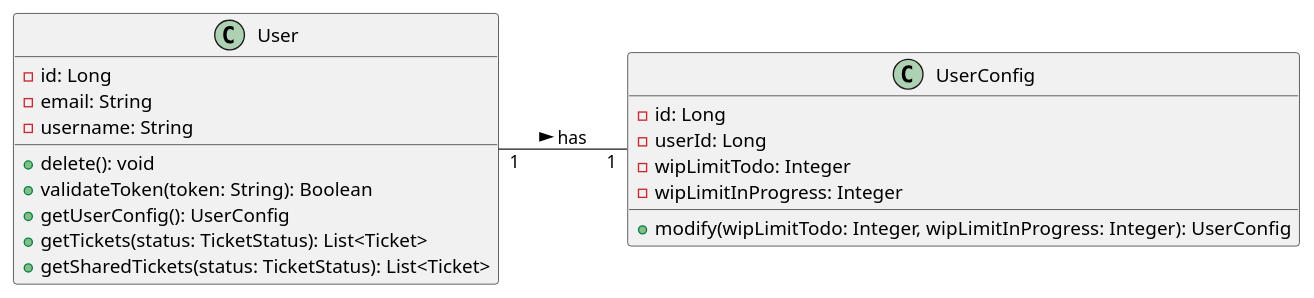
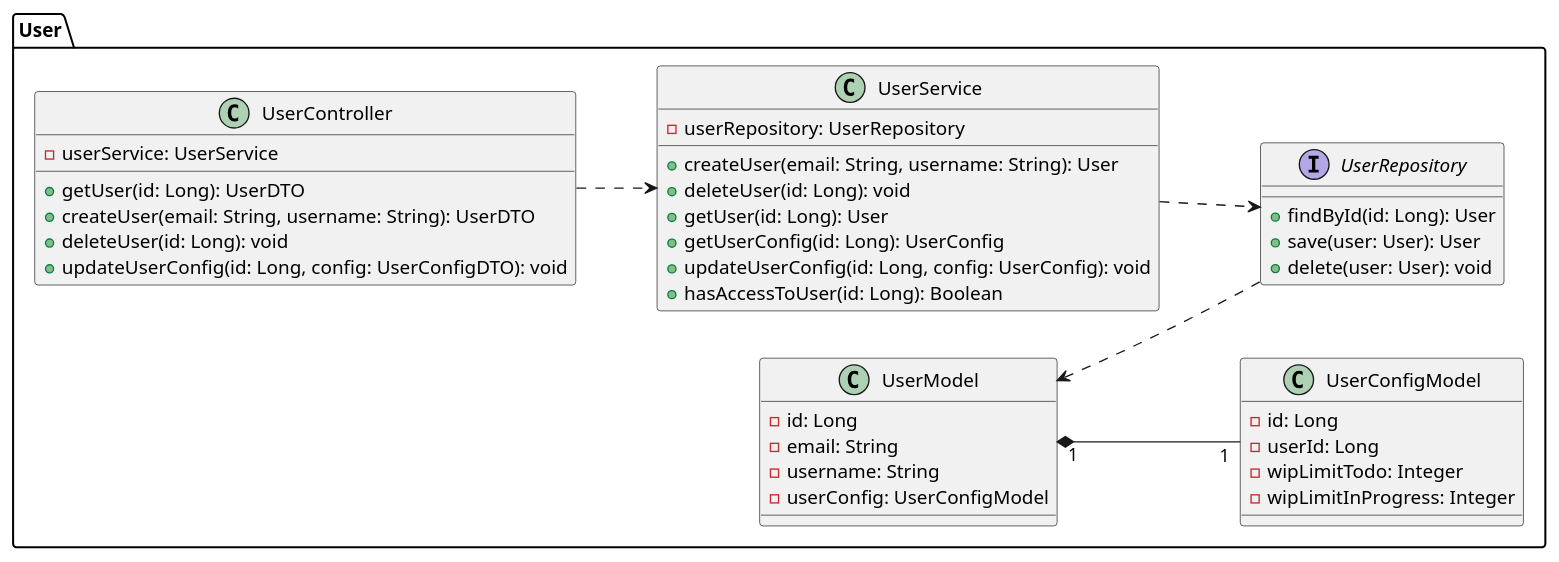
One commit to Dominik-Gubrynowicz/iu-ticket changed the diagram in UML/Class/User.puml. Above: the diagram before and after it, drawn with PlantUML. The commit also changed 57 other files, not shown here.

```diff
--- a/UML/Class/User.puml
+++ b/UML/Class/User.puml
@@ -1,27 +1,51 @@
 @startuml Ticket Management System - Extended Class Diagram
 
 left to right direction
 
-' Define classes with attributes and methods
-class User {
-  -id: Long
-  -email: String
-  -username: String
-  +delete(): void
-  +validateToken(token: String): Boolean
-  +getUserConfig(): UserConfig
-  +getTickets(status: TicketStatus): List<Ticket>
-  +getSharedTickets(status: TicketStatus): List<Ticket>
+package "User" {
+
+  class UserController {
+    -userService: UserService
+    +getUser(id: Long): UserDTO
+    +createUser(email: String, username: String): UserDTO
+    +deleteUser(id: Long): void
+    +updateUserConfig(id: Long, config: UserConfigDTO): void
+  }
+
+  class UserService {
+    -userRepository: UserRepository
+    +createUser(email: String, username: String): User
+    +deleteUser(id: Long): void
+    +getUser(id: Long): User
+    +getUserConfig(id: Long): UserConfig
+    +updateUserConfig(id: Long, config: UserConfig): void
+    +hasAccessToUser(id: Long): Boolean
+  }
+
+  interface UserRepository {
+    +findById(id: Long): User
+    +save(user: User): User
+    +delete(user: User): void
+  }
+
+  class UserModel {
+    -id: Long
+    -email: String
+    -username: String
+    -userConfig: UserConfigModel
+  }
+
+  class UserConfigModel {
+    -id: Long
+    -userId: Long
+    -wipLimitTodo: Integer
+    -wipLimitInProgress: Integer
+  }
 }
 
-class UserConfig {
-  -id: Long
-  -userId: Long
-  -wipLimitTodo: Integer
-  -wipLimitInProgress: Integer
-  +modify(wipLimitTodo: Integer, wipLimitInProgress: Integer): UserConfig
-}
-
-User "1" -- "1" UserConfig : has >
+UserModel "1" *-- "1" UserConfigModel
+UserModel <.. UserRepository
+UserService ..> UserRepository
+UserController ..> UserService
 
 @enduml
```
